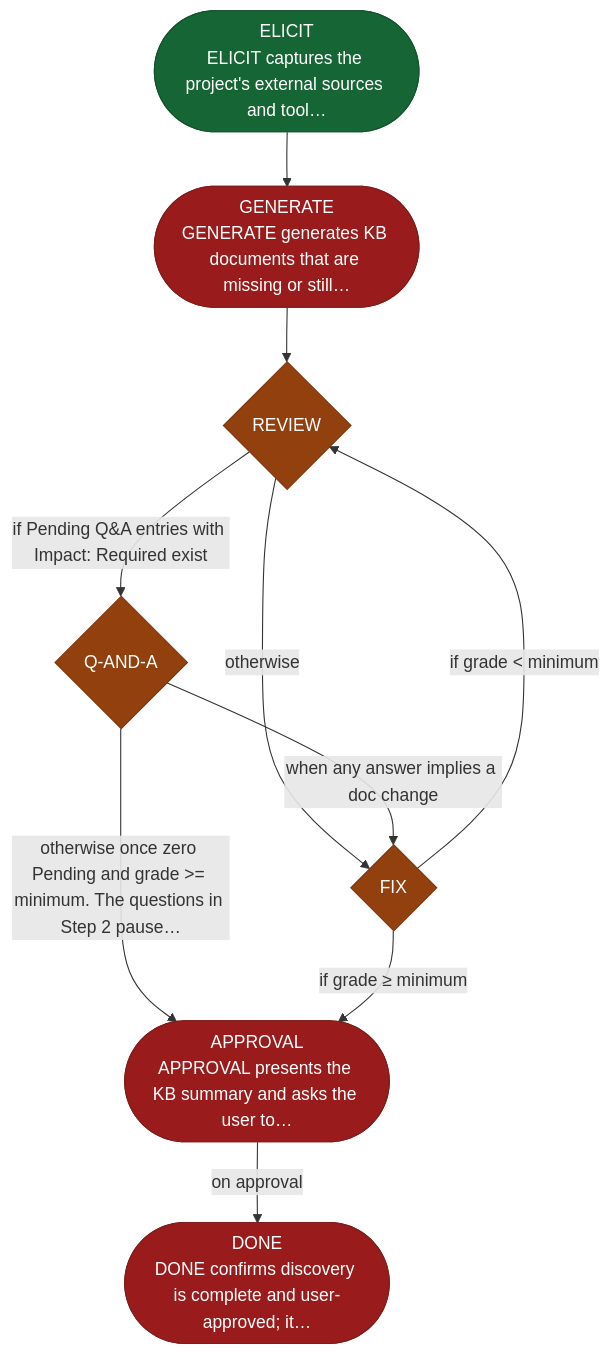
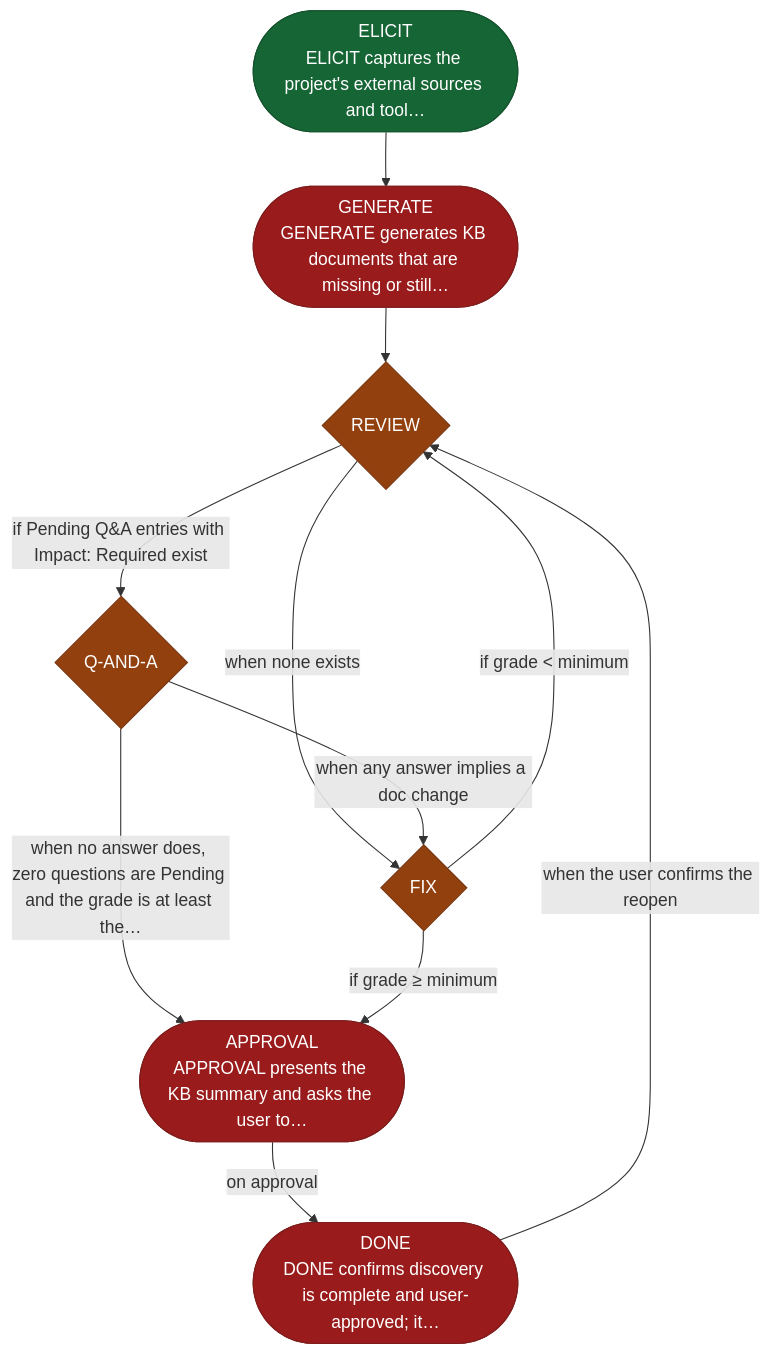
One commit to AndreVianna/aid-methodology changed the diagram in site/src/content/docs/skills/aid-discover.md. Above: the diagram before and after it, drawn with Mermaid. The commit also changed other lines of this file and 258 other files, not shown here.

````diff
--- a/site/src/content/docs/skills/aid-discover.md
+++ b/site/src/content/docs/skills/aid-discover.md
@@ -20,39 +20,40 @@
 ```mermaid
 flowchart TB
   classDef aidNode color:#fff
   classDef aidEntry fill:#166534,stroke:#14532d,color:#fff
   classDef aidExit fill:#991b1b,stroke:#7f1d1d,color:#fff
   classDef aidDecision fill:#92400e,stroke:#78350f,color:#fff
   classDef aidLoopBack fill:#1e3a8a,stroke:#1e3a8a,color:#fff
   classDef aidStep fill:#1a2035,stroke:#d4a853,color:#f1f5f9
   n1(["ELICIT<br/>ELICIT captures the project's external sources and tool…"])
   n2(["GENERATE<br/>GENERATE generates KB documents that are missing or still…"])
   n3{"REVIEW"}
   n4{"Q-AND-A"}
   n5{"FIX"}
   n6(["APPROVAL<br/>APPROVAL presents the KB summary and asks the user to…"])
   n7(["DONE<br/>DONE confirms discovery is complete and user-approved; it…"])
   n1 --> n2
   n2 --> n3
   n3 -->|"if Pending Q&amp;A entries with Impact: Required exist"| n4
-  n3 -->|"otherwise"| n5
+  n3 -->|"when none exists"| n5
   n4 -->|"when any answer implies a doc change"| n5
-  n4 -->|"otherwise once zero Pending and grade &gt;= minimum. The questions in Step 2 pause…"| n6
+  n4 -->|"when no answer does, zero questions are Pending and the grade is at least the…"| n6
   n5 -->|"if grade &lt; minimum"| n3
   n5 -->|"if grade ≥ minimum"| n6
   n6 -->|"on approval"| n7
+  n7 -->|"when the user confirms the reopen"| n3
   class n1 aidEntry
   class n2 aidExit
   class n3 aidDecision
   class n4 aidDecision
   class n5 aidDecision
   class n6 aidExit
   class n7 aidExit
   class n1 aidNode
   class n2 aidNode
   class n3 aidNode
   class n4 aidNode
   class n5 aidNode
   class n6 aidNode
   class n7 aidNode
 ```
````
